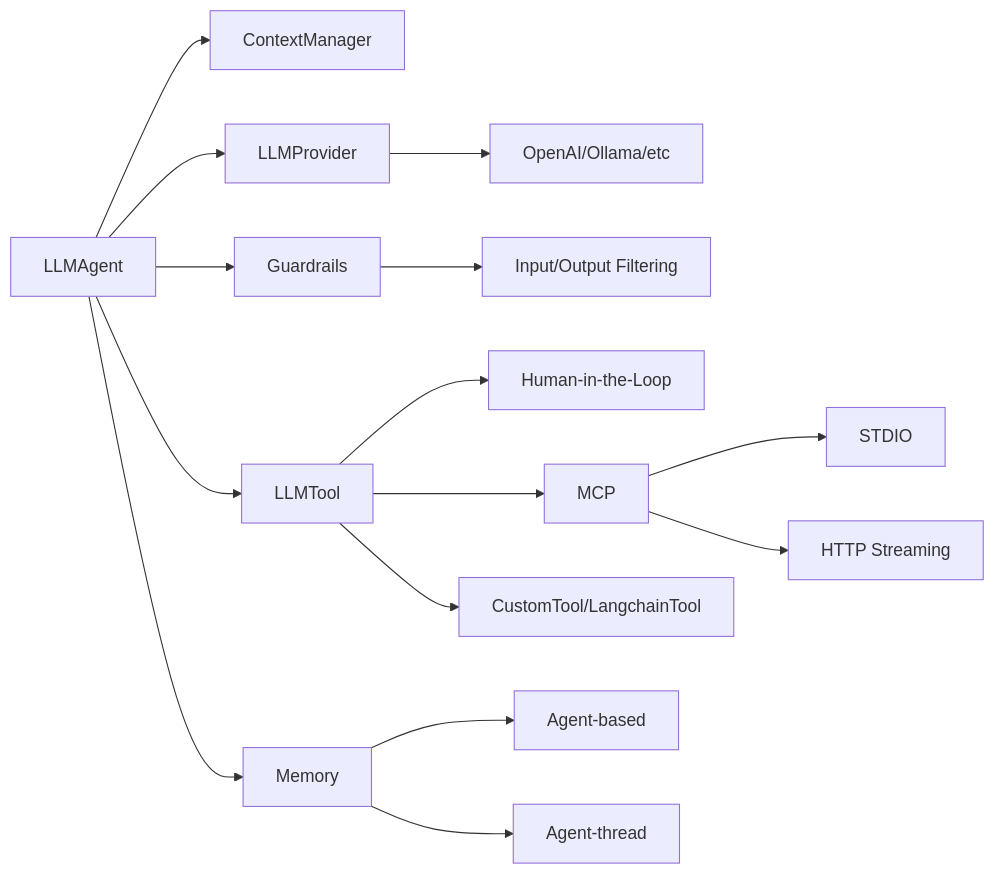
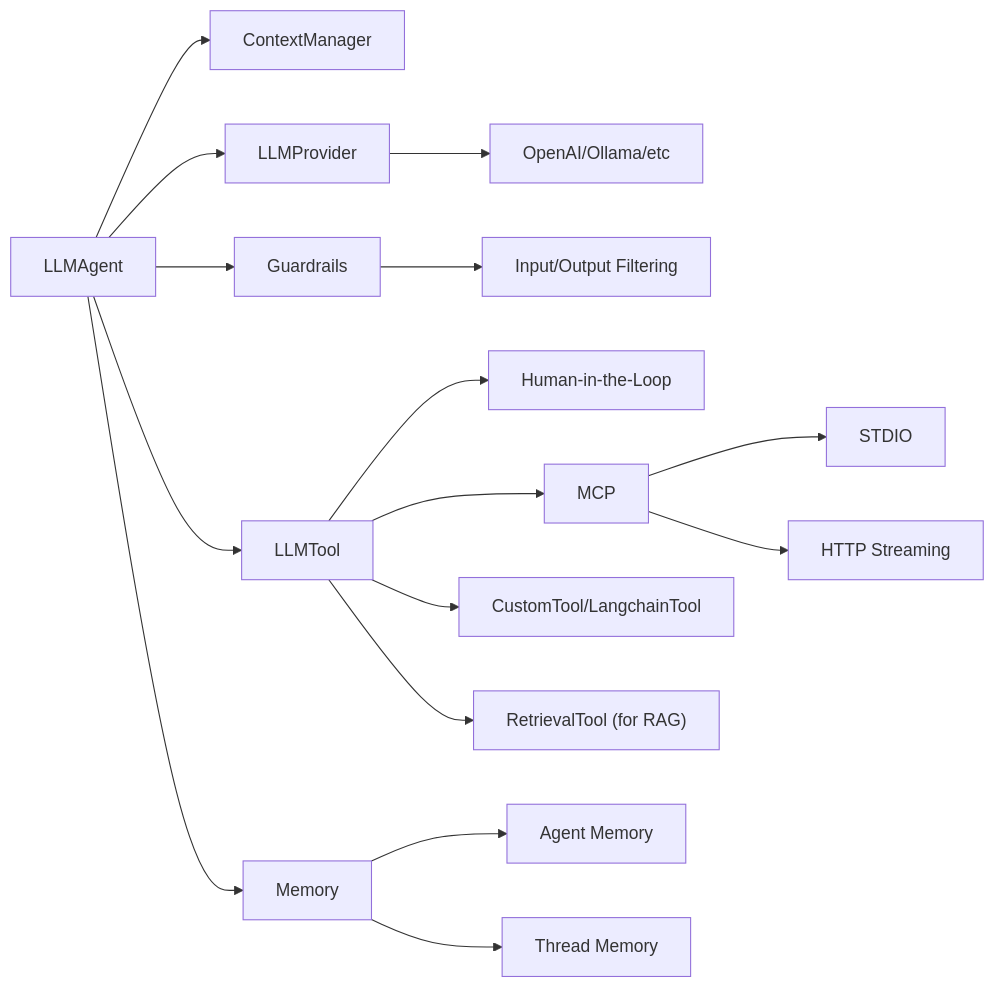
Before and after one commit to javipalanca/spade_llm: the diagram in docs/docs/index.md, drawn with Mermaid. The commit also changed other lines of this file, not shown here.

Commit message:
Add RAG System feature

````diff
--- a/docs/docs/index.md
+++ b/docs/docs/index.md
@@ -139,17 +145,18 @@
 ```mermaid
 graph LR
     A[LLMAgent] --> C[ContextManager]
     A --> D[LLMProvider]
     A --> E[LLMTool]
     A --> G[Guardrails]
     A --> M[Memory]
     D --> F[OpenAI/Ollama/etc]
     G --> H[Input/Output Filtering]
     E --> I[Human-in-the-Loop]
     E --> J[MCP]
     E --> P[CustomTool/LangchainTool]
+    E --> Q["RetrievalTool (for RAG)"]
     J --> K[STDIO]
     J --> L[HTTP Streaming]
-    M --> N[Agent-based]
-    M --> O[Agent-thread]
+    M --> N[Agent Memory]
+    M --> O[Thread Memory]
 ```
````
